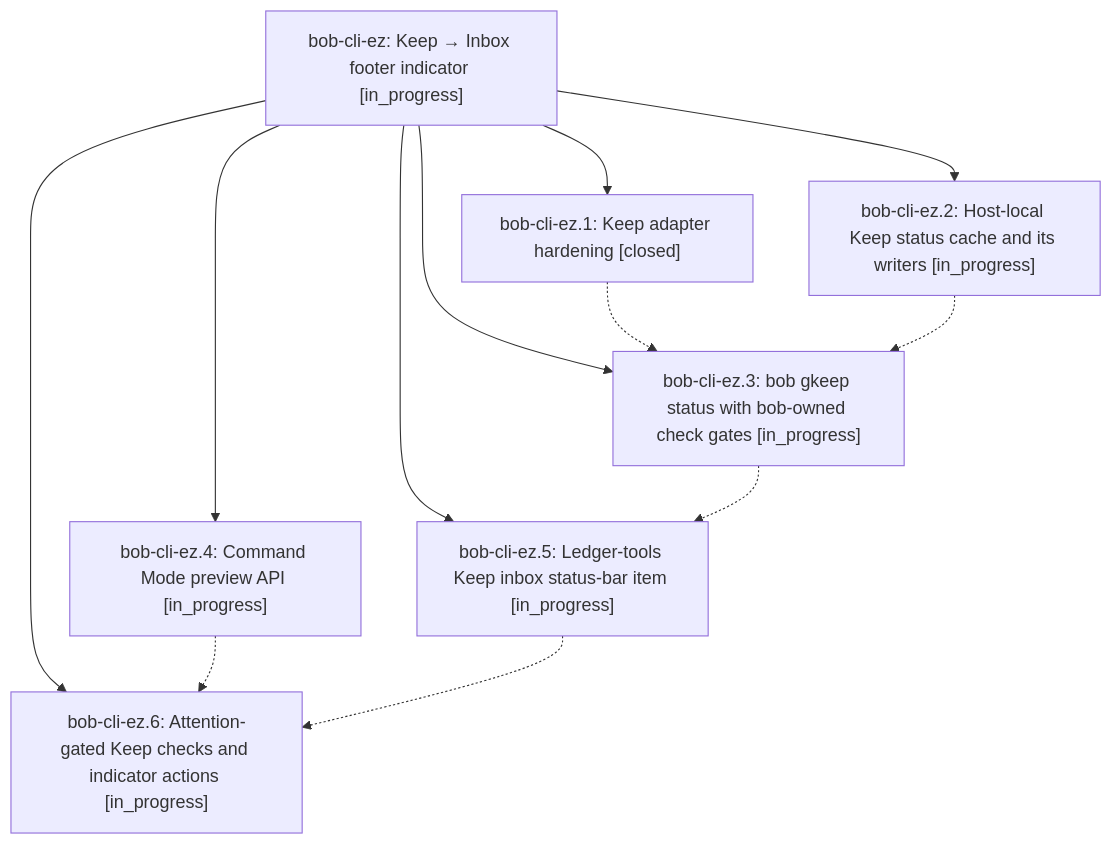
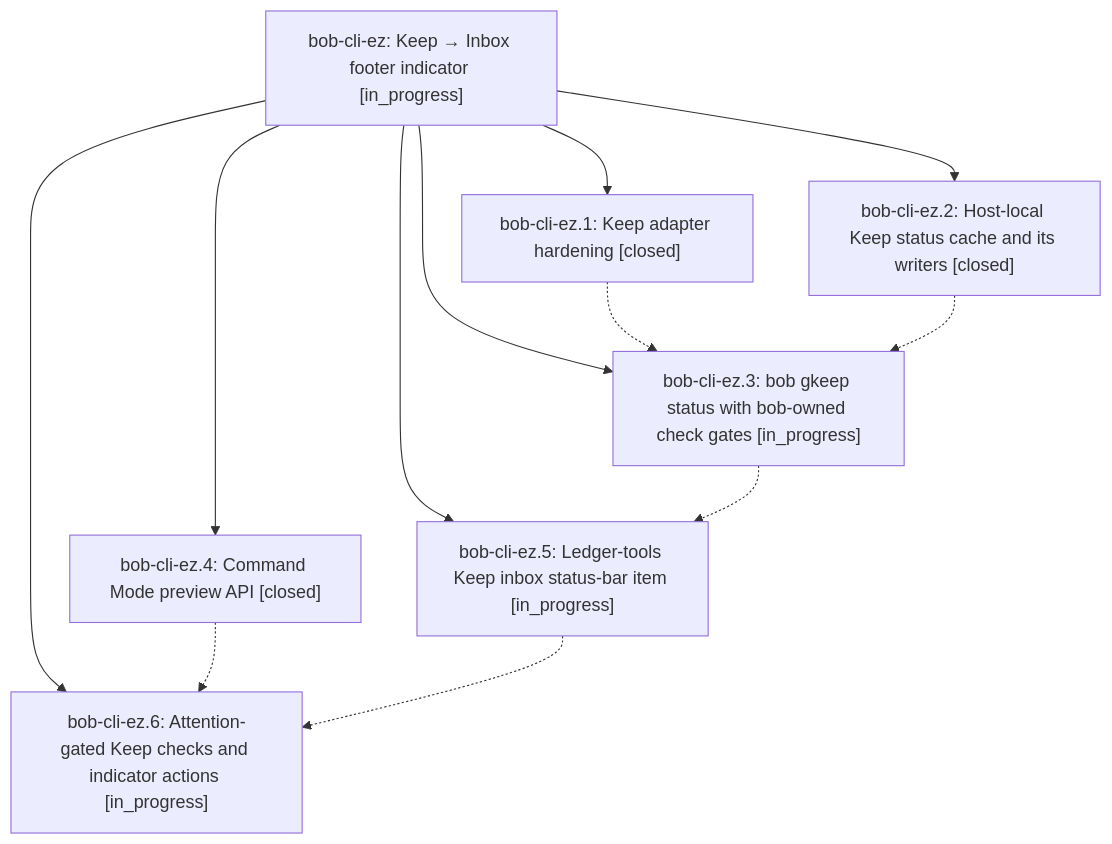
One commit to bobs-org/bob-cli--beads changed the diagram in pages/bob-cli-ez/README.md. Above: the diagram before and after it, drawn with Mermaid. The commit also changed other lines of this file and 5 other files, not shown here.

First line of the commit message:
chore(beads): sync bead state and pages for bob-cli-ez

````diff
--- a/pages/bob-cli-ez/README.md
+++ b/pages/bob-cli-ez/README.md
@@ -27,21 +39,21 @@
 ```mermaid
 flowchart TD
     n0["bob-cli-ez: Keep → Inbox footer indicator [in_progress]"]
     n1["bob-cli-ez.1: Keep adapter hardening [closed]"]
-    n2["bob-cli-ez.2: Host-local Keep status cache and its writers [in_progress]"]
+    n2["bob-cli-ez.2: Host-local Keep status cache and its writers [closed]"]
     n3["bob-cli-ez.3: bob gkeep status with bob-owned check gates [in_progress]"]
-    n4["bob-cli-ez.4: Command Mode preview API [in_progress]"]
+    n4["bob-cli-ez.4: Command Mode preview API [closed]"]
     n5["bob-cli-ez.5: Ledger-tools Keep inbox status-bar item [in_progress]"]
     n6["bob-cli-ez.6: Attention-gated Keep checks and indicator actions [in_progress]"]
     n0 --> n1
     n0 --> n2
     n0 --> n3
     n0 --> n4
     n0 --> n5
     n0 --> n6
     n1 -.-> n3
     n2 -.-> n3
     n3 -.-> n5
     n4 -.-> n6
     n5 -.-> n6
 ```
````
